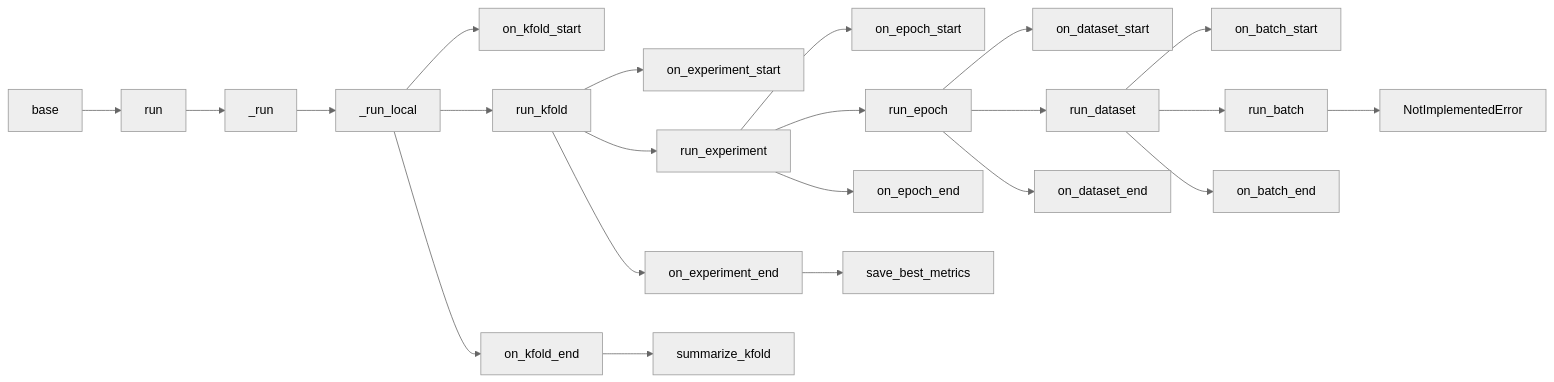
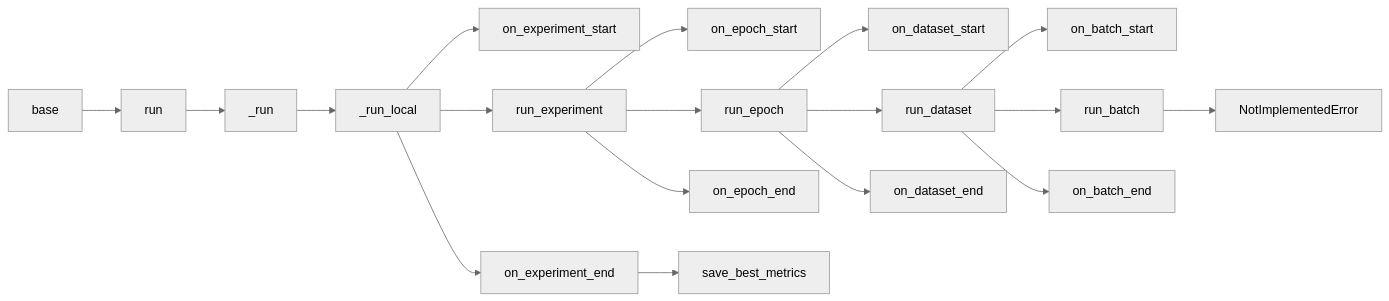
One commit to antoncomm/ClinicalTrustLab changed the first of 2 diagrams in README.md. Above: the diagram before and after it, drawn with Mermaid (neutral theme). The commit also changed 4 other files, not shown here.

````diff
--- a/README.md
+++ b/README.md
@@ -42,24 +42,20 @@
 ```mermaid
 graph LR
     BaseProcess[base] --> RunProcess[run]
     RunProcess --> InternalRun[_run]
     InternalRun --> RunLocal[_run_local]
-    RunLocal --> OnKFoldStart[on_kfold_start]
-    RunLocal --> RunKFold[run_kfold]
-    RunLocal --> OnKFoldEnd[on_kfold_end]
-    RunKFold --> OnExperimentStart[on_experiment_start]
-    RunKFold --> RunExperiment[run_experiment]
-    RunKFold --> OnExperimentEnd[on_experiment_end]
+    RunLocal --> OnExperimentStart[on_experiment_start]
+    RunLocal --> RunExperiment[run_experiment]
+    RunLocal --> OnExperimentEnd[on_experiment_end]
     RunExperiment --> OnEpochStart[on_epoch_start]
     RunExperiment --> RunEpoch[run_epoch]
     RunExperiment --> OnEpochEnd[on_epoch_end]
     RunEpoch --> OnDatasetStart[on_dataset_start]
     RunEpoch --> RunDataset[run_dataset]
     RunEpoch --> OnDatasetEnd[on_dataset_end]
     RunDataset --> OnBatchStart[on_batch_start]
     RunDataset --> RunBatch[run_batch]
     RunDataset --> OnBatchEnd[on_batch_end]
     RunBatch --> NotImplementedError[NotImplementedError]
     OnExperimentEnd --> SaveBestMetrics[save_best_metrics]
-    OnKFoldEnd --> SummarizeKFold[summarize_kfold]
 ```
````
